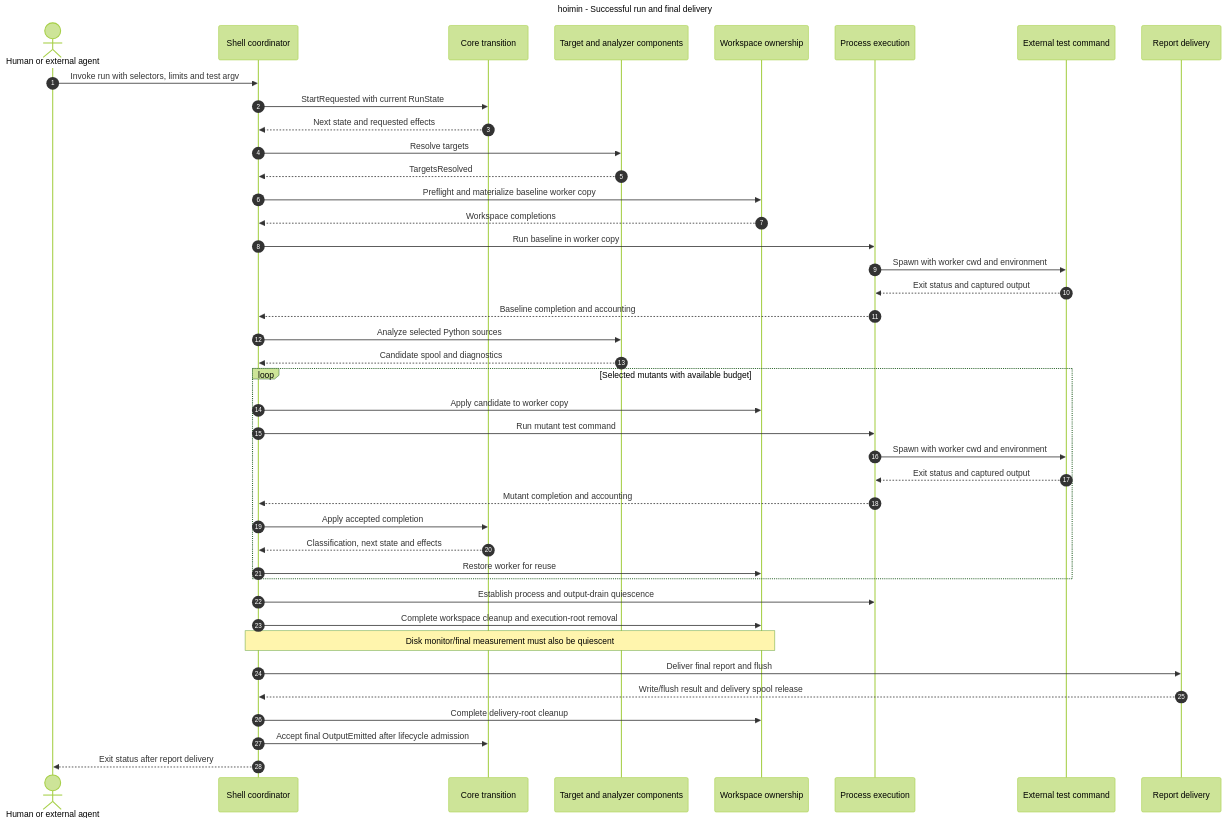
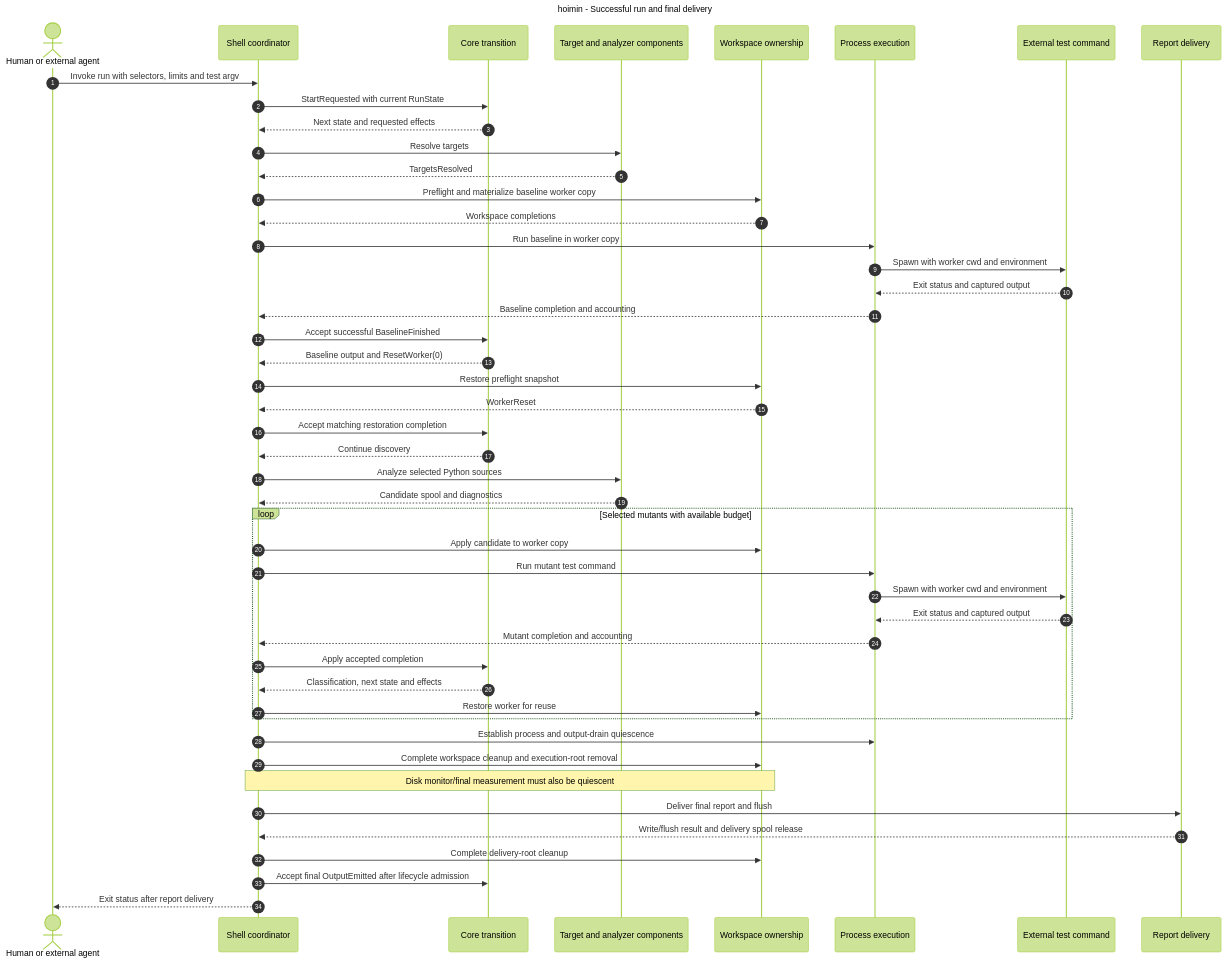
One commit to HayaoSuzuki/hoimin changed the fifth of 5 diagrams in docs/architecture/c4-model.md. Above: the diagram before and after it, drawn with Mermaid (forest theme). The commit also changed other lines of this file and 67 other files, not shown here.

````diff
--- a/docs/architecture/c4-model.md
+++ b/docs/architecture/c4-model.md
@@ -310,46 +310,52 @@
 ```mermaid
 ---
 title: hoimin - Successful run and final delivery
 ---
 sequenceDiagram
     autonumber
     actor Caller as Human or external agent
     participant Shell as Shell coordinator
     participant Core as Core transition
     participant Inputs as Target and analyzer components
     participant Workspace as Workspace ownership
     participant Process as Process execution
     participant Tests as External test command
     participant Report as Report delivery
     Caller->>Shell: Invoke run with selectors, limits and test argv
     Shell->>Core: StartRequested with current RunState
     Core-->>Shell: Next state and requested effects
     Shell->>Inputs: Resolve targets
     Inputs-->>Shell: TargetsResolved
     Shell->>Workspace: Preflight and materialize baseline worker copy
     Workspace-->>Shell: Workspace completions
     Shell->>Process: Run baseline in worker copy
     Process->>Tests: Spawn with worker cwd and environment
     Tests-->>Process: Exit status and captured output
     Process-->>Shell: Baseline completion and accounting
+    Shell->>Core: Accept successful BaselineFinished
+    Core-->>Shell: Baseline output and ResetWorker(0)
+    Shell->>Workspace: Restore preflight snapshot
+    Workspace-->>Shell: WorkerReset
+    Shell->>Core: Accept matching restoration completion
+    Core-->>Shell: Continue discovery
     Shell->>Inputs: Analyze selected Python sources
     Inputs-->>Shell: Candidate spool and diagnostics
     loop Selected mutants with available budget
         Shell->>Workspace: Apply candidate to worker copy
         Shell->>Process: Run mutant test command
         Process->>Tests: Spawn with worker cwd and environment
         Tests-->>Process: Exit status and captured output
         Process-->>Shell: Mutant completion and accounting
         Shell->>Core: Apply accepted completion
         Core-->>Shell: Classification, next state and effects
         Shell->>Workspace: Restore worker for reuse
     end
     Shell->>Process: Establish process and output-drain quiescence
     Shell->>Workspace: Complete workspace cleanup and execution-root removal
     Note over Shell,Workspace: Disk monitor/final measurement must also be quiescent
     Shell->>Report: Deliver final report and flush
     Report-->>Shell: Write/flush result and delivery spool release
     Shell->>Workspace: Complete delivery-root cleanup
     Shell->>Core: Accept final OutputEmitted after lifecycle admission
     Shell-->>Caller: Exit status after report delivery
 ```
````
